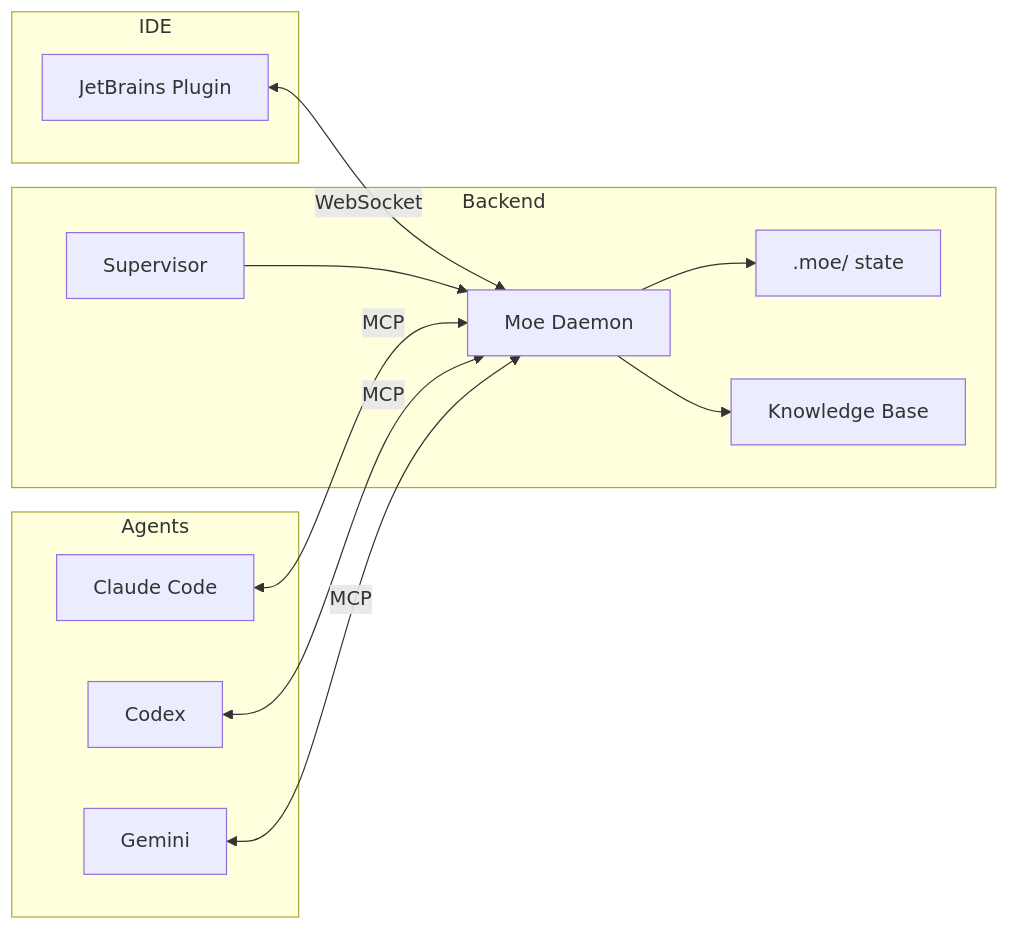
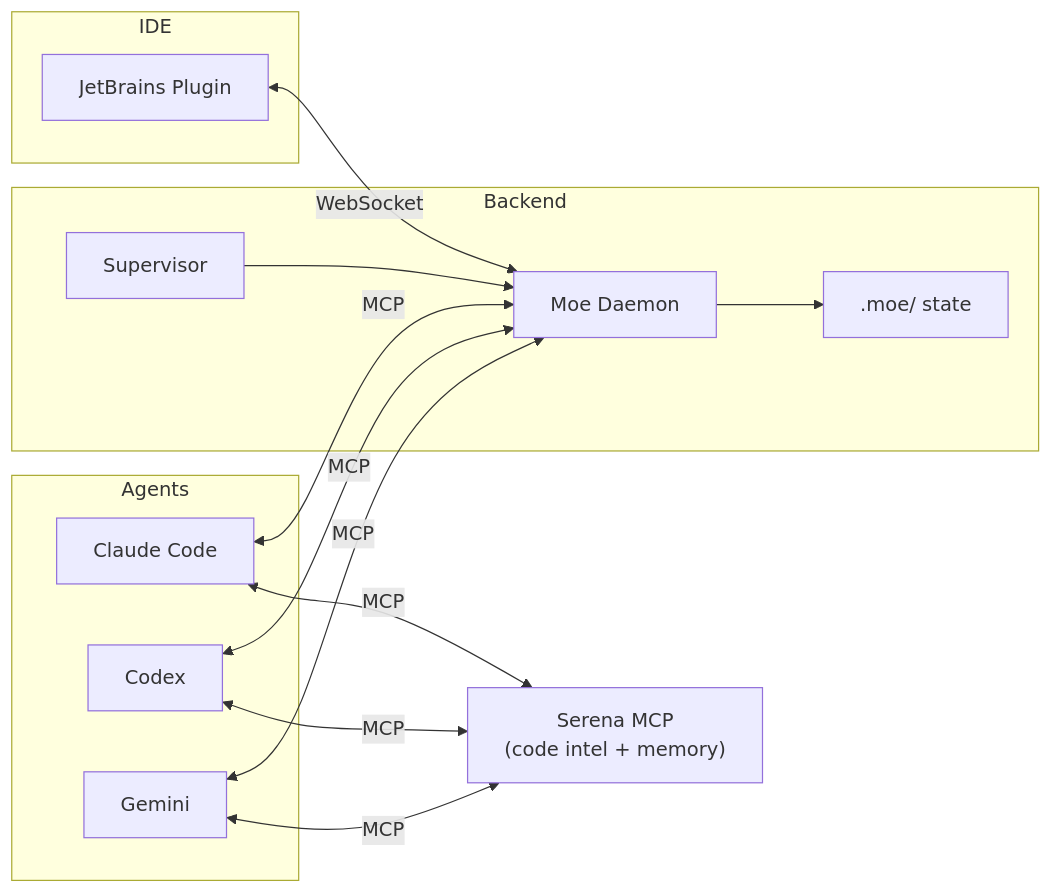
Before and after one commit to yaront1111/Moe-s-Tavern: the first of 2 diagrams in README.md, drawn with Mermaid. The commit also changed other lines of this file and 51 other files, not shown here.

````diff
--- a/README.md
+++ b/README.md
@@ -218,23 +218,25 @@
 ```mermaid
 graph LR
     subgraph IDE
         Plugin[JetBrains Plugin]
     end
 
     subgraph Backend
         Supervisor[Supervisor] --> Daemon[Moe Daemon]
         Daemon --> Files[".moe/ state"]
-        Daemon --> Memory["Knowledge Base"]
     end
 
     subgraph Agents
         Claude[Claude Code]
         Codex[Codex]
         Gemini[Gemini]
     end
 
     Plugin <-->|WebSocket| Daemon
     Claude <-->|MCP| Daemon
     Codex <-->|MCP| Daemon
     Gemini <-->|MCP| Daemon
+    Claude <-->|MCP| Serena["Serena MCP<br/>(code intel + memory)"]
+    Codex <-->|MCP| Serena
+    Gemini <-->|MCP| Serena
 ```
````
